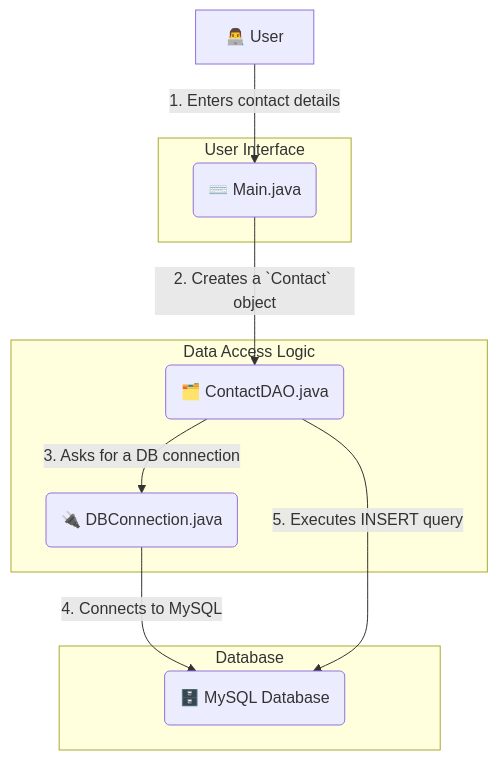
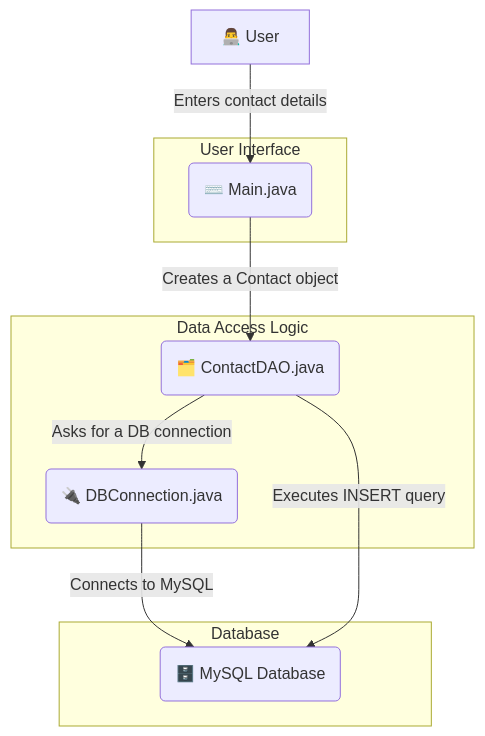
The diagram in README.md (YernintiRevathi/Contacts_book_NDV2_WEB), drawn with Mermaid before and after one commit. The commit also changed other lines of this file, not shown here.

````diff
--- a/README.md
+++ b/README.md
@@ -35,21 +35,22 @@
 ```mermaid
 graph TD;
-    A[👨‍💻 User] -->|1. Enters contact details| B(⌨️ Main.java);
-    B -->|2. Creates a `Contact` object| C(🗂️ ContactDAO.java);
-    C -->|3. Asks for a DB connection| D(🔌 DBConnection.java);
-    D -->|4. Connects to MySQL| E(🗄️ MySQL Database);
-    C -->|5. Executes INSERT query| E;
+    A[👨‍💻 User] -->|Enters contact details| B(⌨️ Main.java);
+    B -->|Creates a Contact object| C(🗂️ ContactDAO.java);
+    C -->|Asks for a DB connection| D(🔌 DBConnection.java);
+    D -->|Connects to MySQL| E(🗄️ MySQL Database);
+    C -->|Executes INSERT query| E;
 
     subgraph "User Interface"
         B
     end
 
     subgraph "Data Access Logic"
         C
         D
     end
 
     subgraph "Database"
         E
     end
+     
 ```
````
